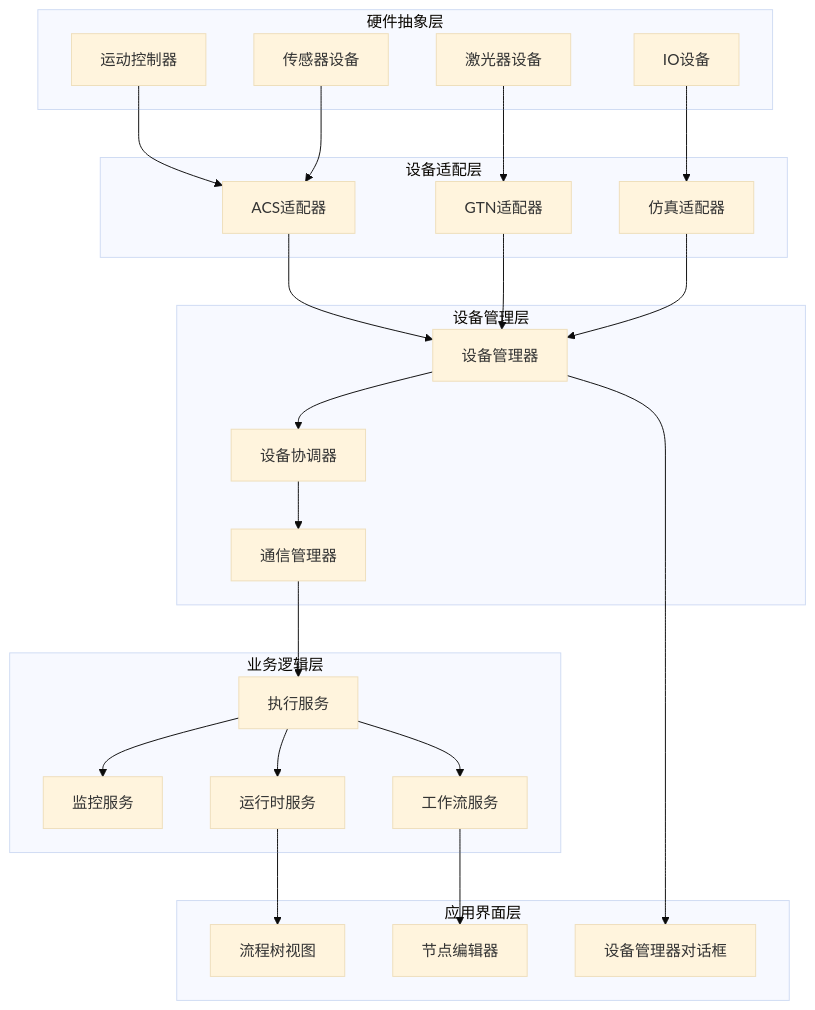
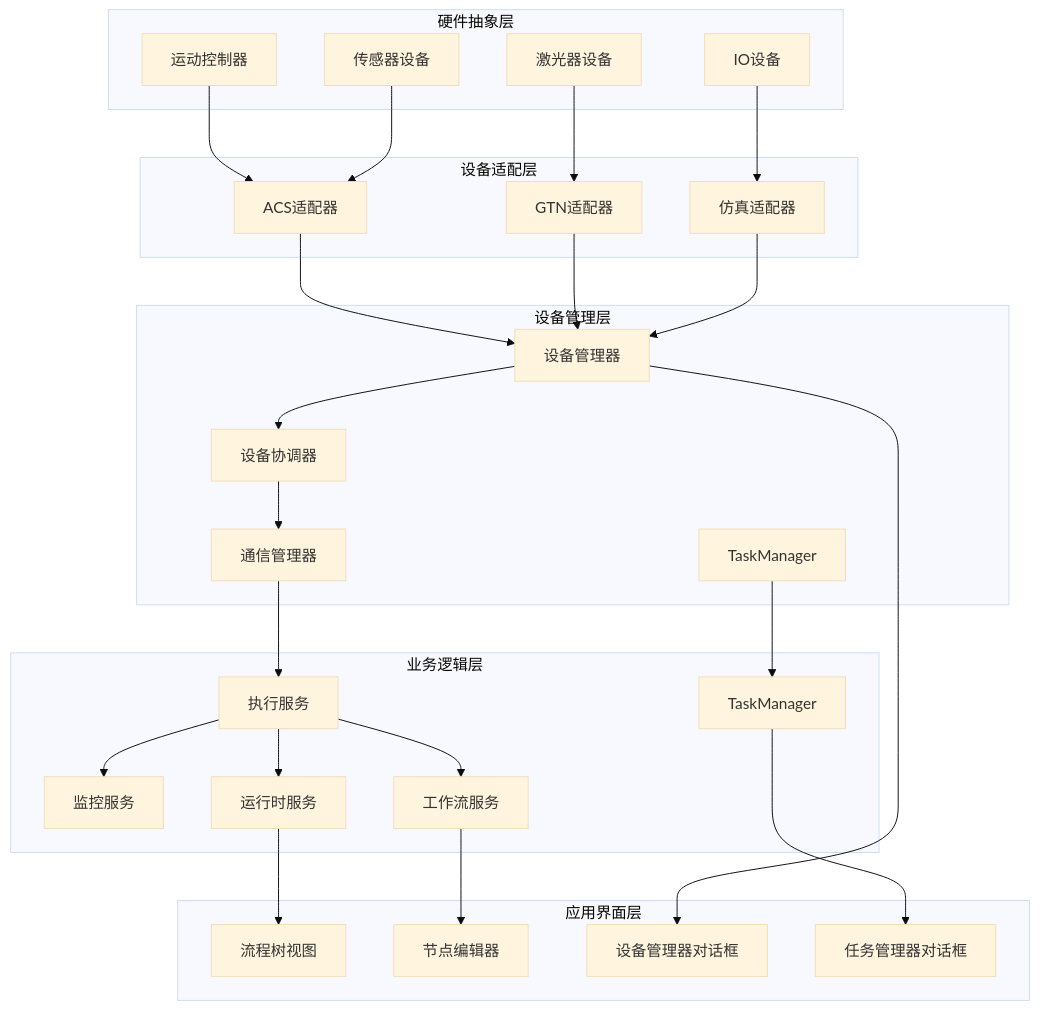
One commit to super1wang/LaserCNCv1.0 changed the fourth of 18 diagrams in .qoder/repowiki/zh/content/项目概述/模块设计/Process模块设计/Process模块服务管理架构改进.md. Above: the diagram before and after it, drawn with Mermaid (base theme). The commit also changed other lines of this file and 159 other files, not shown here.

````diff
--- a/.qoder/repowiki/zh/content/项目概述/模块设计/Process模块设计/Process模块服务管理架构改进.md
+++ b/.qoder/repowiki/zh/content/项目概述/模块设计/Process模块设计/Process模块服务管理架构改进.md
@@ -260,46 +306,51 @@
 ```mermaid
 graph TD
 subgraph "硬件抽象层"
 HW1[运动控制器]
 HW2[激光器设备]
 HW3[IO设备]
 HW4[传感器设备]
 end
 subgraph "设备适配层"
 DA1[ACS适配器]
 DA2[GTN适配器]
 DA3[仿真适配器]
 end
 subgraph "设备管理层"
 DM[设备管理器]
 DC[设备协调器]
 CM[通信管理器]
+TM[TaskManager]
 end
 subgraph "业务逻辑层"
 ES[执行服务]
 MS[监控服务]
 WS[工作流服务]
 RS[运行时服务]
+TS[TaskManager]
 end
 subgraph "应用界面层"
 UI1[流程树视图]
 UI2[节点编辑器]
 UI3[设备管理器对话框]
+UI4[任务管理器对话框]
 end
 HW1 --> DA1
 HW2 --> DA2
 HW3 --> DA3
 HW4 --> DA1
 DA1 --> DM
 DA2 --> DM
 DA3 --> DM
 DM --> DC
 DC --> CM
 CM --> ES
 ES --> MS
 ES --> WS
 ES --> RS
 RS --> UI1
 WS --> UI2
 DM --> UI3
+TM --> TS
+TS --> UI4
 ```
````
